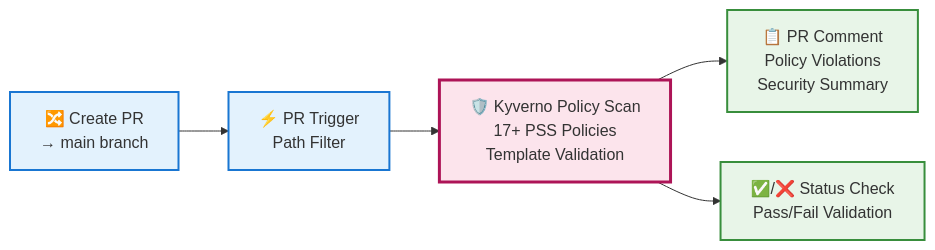
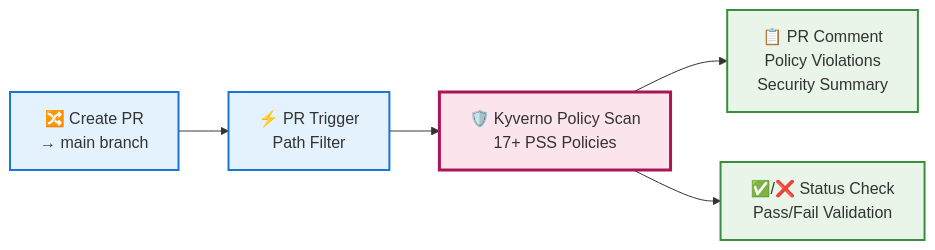
One commit to anuddeeph1/devops-k8s-case-study changed the third of 4 diagrams in README.md. Above: the diagram before and after it, drawn with Mermaid. The commit also changed other lines of this file, not shown here.

First line of the commit message:
📊 Add Infrastructure Deployment Script workflow diagram

````diff
--- a/README.md
+++ b/README.md
@@ -271,28 +270,28 @@
 ```mermaid
 flowchart LR
     %% Input
     PR["🔀 Create PR<br/>→ main branch"]
     
     %% PR Pipeline Stage (Validation Only)
     TRIGGER_PR["⚡ PR Trigger<br/>Path Filter"]
-    KYVERNO_SCAN["🛡️ Kyverno Policy Scan<br/>17+ PSS Policies<br/>Template Validation"]
+    KYVERNO_SCAN["🛡️ Kyverno Policy Scan<br/>17+ PSS Policies<br/>"]
     
     %% PR Outputs
     PR_REPORT["📋 PR Comment<br/>Policy Violations<br/>Security Summary"]
     STATUS_CHECK["✅/❌ Status Check<br/>Pass/Fail Validation"]
     
     %% Flow
     PR --> TRIGGER_PR
     TRIGGER_PR --> KYVERNO_SCAN
     KYVERNO_SCAN --> PR_REPORT
     KYVERNO_SCAN --> STATUS_CHECK
     
     %% Styling
     classDef trigger fill:#e3f2fd,stroke:#1976d2,stroke-width:2px
     classDef security fill:#fce4ec,stroke:#ad1457,stroke-width:3px
     classDef output fill:#e8f5e8,stroke:#388e3c,stroke-width:2px
     
     class PR,TRIGGER_PR trigger
     class KYVERNO_SCAN security
     class PR_REPORT,STATUS_CHECK output
 ```
````
